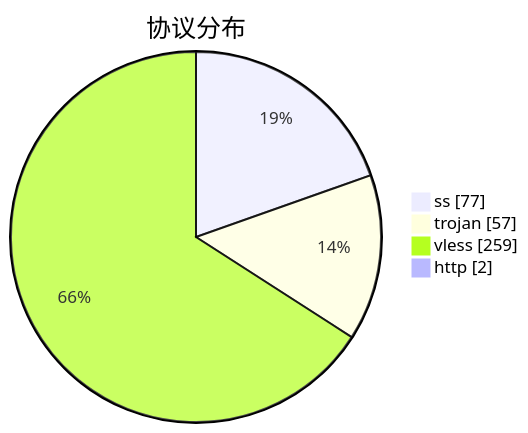
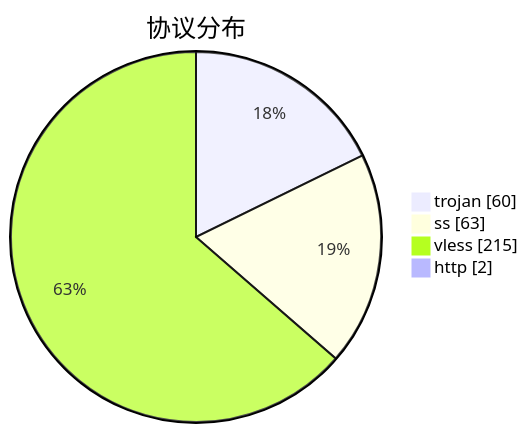
Before and after one commit to qjlxg/airport: the third of 3 diagrams in subs/statistics/tested_within.md, drawn with Mermaid. The commit also changed other lines of this file and 2 other files, not shown here.

````diff
--- a/subs/statistics/tested_within.md
+++ b/subs/statistics/tested_within.md
@@ -19,8 +18,8 @@
 ```mermaid
 pie showData
 title 协议分布
-"ss" : 77
-"trojan" : 57
-"vless" : 259
+"trojan" : 60
+"ss" : 63
+"vless" : 215
 "http" : 2
 ```
````
